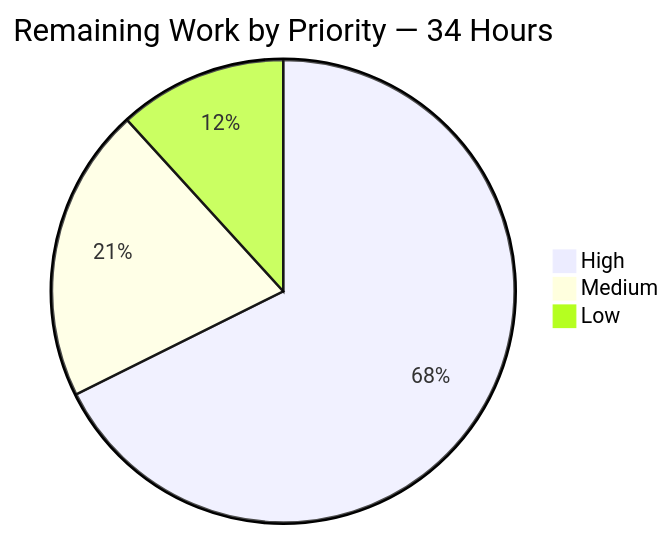
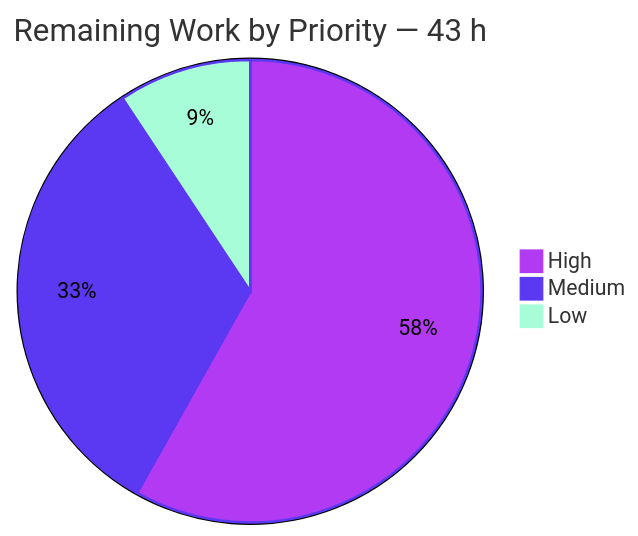
Before and after one commit to Tzadiko/monero: the third of 3 diagrams in blitzy/documentation/Project Guide.md, drawn with Mermaid. The commit also changed other lines of this file, not shown here.

Commit message:
Adding Blitzy Project Guide: Project Status and Human Tasks Remaining

````diff
--- a/blitzy/documentation/Project Guide.md
+++ b/blitzy/documentation/Project Guide.md
@@ -1724,6 +264,7 @@
 ```mermaid
-pie title Remaining Work by Priority — 34 Hours
-    "High" : 23
-    "Medium" : 7
+%%{init: {"theme": "base", "themeVariables": {"pie1": "#B23AF2", "pie2": "#5B39F3", "pie3": "#A8FDD9", "pieStrokeColor": "#5B39F3", "pieSectionTextColor": "#000000", "pieOpacity": "1"}}}%%
+pie title Remaining Work by Priority — 43 h
+    "High" : 25
+    "Medium" : 14
     "Low" : 4
 ```
````
